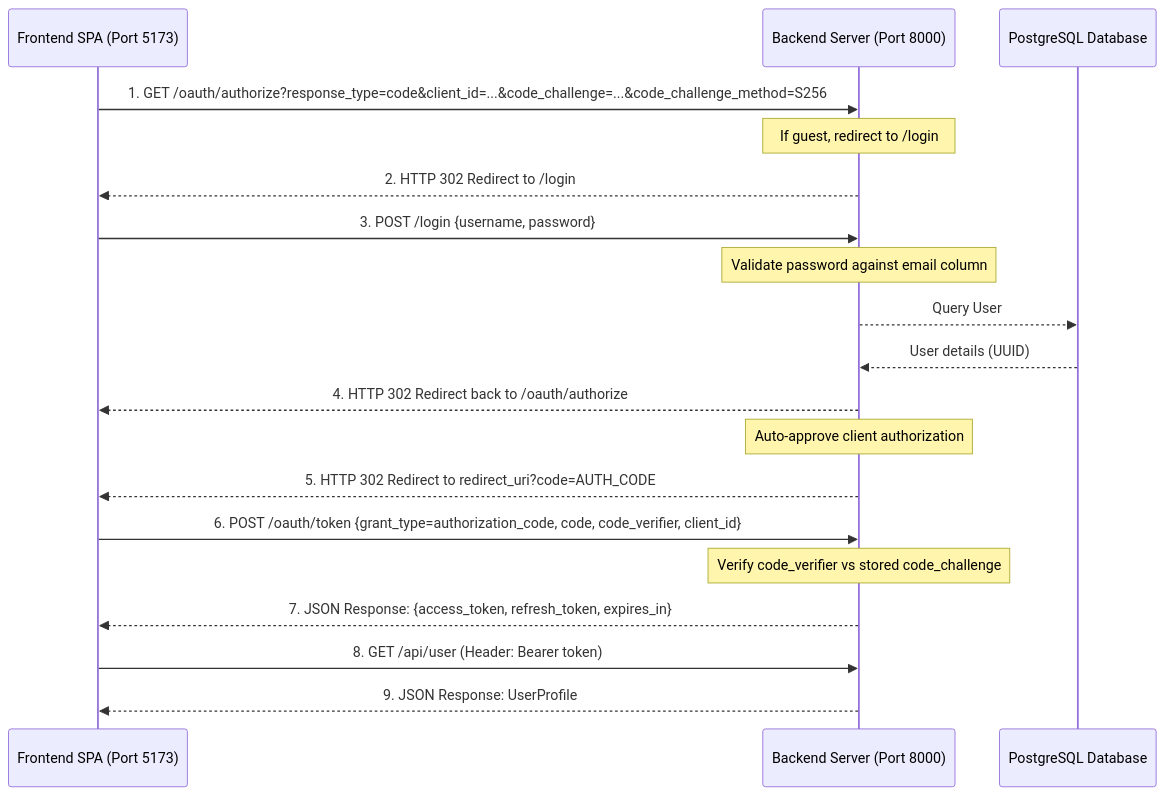
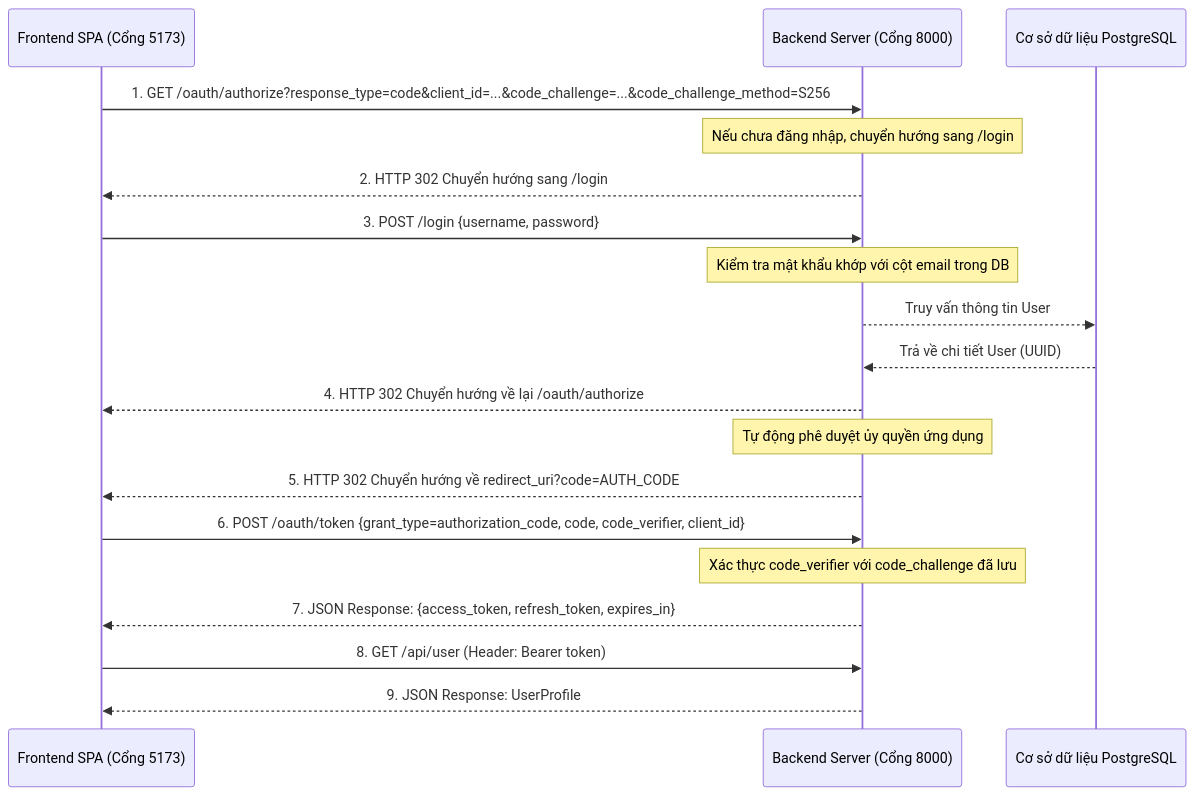
The diagram in docs/auth.md (eamo-cmms/eamo-backend), drawn with Mermaid before and after one commit. The commit also changed other lines of this file and 1 other file, not shown here.

````diff
--- a/docs/auth.md
+++ b/docs/auth.md
@@ -11,22 +11,22 @@
 ```mermaid
 sequenceDiagram
-    participant SPA as Frontend SPA (Port 5173)
-    participant BE as Backend Server (Port 8000)
-    participant DB as PostgreSQL Database
+    participant SPA as Frontend SPA (Cổng 5173)
+    participant BE as Backend Server (Cổng 8000)
+    participant DB as Cơ sở dữ liệu PostgreSQL
 
     SPA->>BE: 1. GET /oauth/authorize?response_type=code&client_id=...&code_challenge=...&code_challenge_method=S256
-    Note over BE: If guest, redirect to /login
-    BE-->>SPA: 2. HTTP 302 Redirect to /login
+    Note over BE: Nếu chưa đăng nhập, chuyển hướng sang /login
+    BE-->>SPA: 2. HTTP 302 Chuyển hướng sang /login
     SPA->>BE: 3. POST /login {username, password}
-    Note over BE: Validate password against email column
-    BE-->>DB: Query User
-    DB-->>BE: User details (UUID)
-    BE-->>SPA: 4. HTTP 302 Redirect back to /oauth/authorize
-    Note over BE: Auto-approve client authorization
-    BE-->>SPA: 5. HTTP 302 Redirect to redirect_uri?code=AUTH_CODE
+    Note over BE: Kiểm tra mật khẩu khớp với cột email trong DB
+    BE-->>DB: Truy vấn thông tin User
+    DB-->>BE: Trả về chi tiết User (UUID)
+    BE-->>SPA: 4. HTTP 302 Chuyển hướng về lại /oauth/authorize
+    Note over BE: Tự động phê duyệt ủy quyền ứng dụng
+    BE-->>SPA: 5. HTTP 302 Chuyển hướng về redirect_uri?code=AUTH_CODE
     SPA->>BE: 6. POST /oauth/token {grant_type=authorization_code, code, code_verifier, client_id}
-    Note over BE: Verify code_verifier vs stored code_challenge
+    Note over BE: Xác thực code_verifier với code_challenge đã lưu
     BE-->>SPA: 7. JSON Response: {access_token, refresh_token, expires_in}
     SPA->>BE: 8. GET /api/user (Header: Bearer token)
     BE-->>SPA: 9. JSON Response: UserProfile
 ```
````
